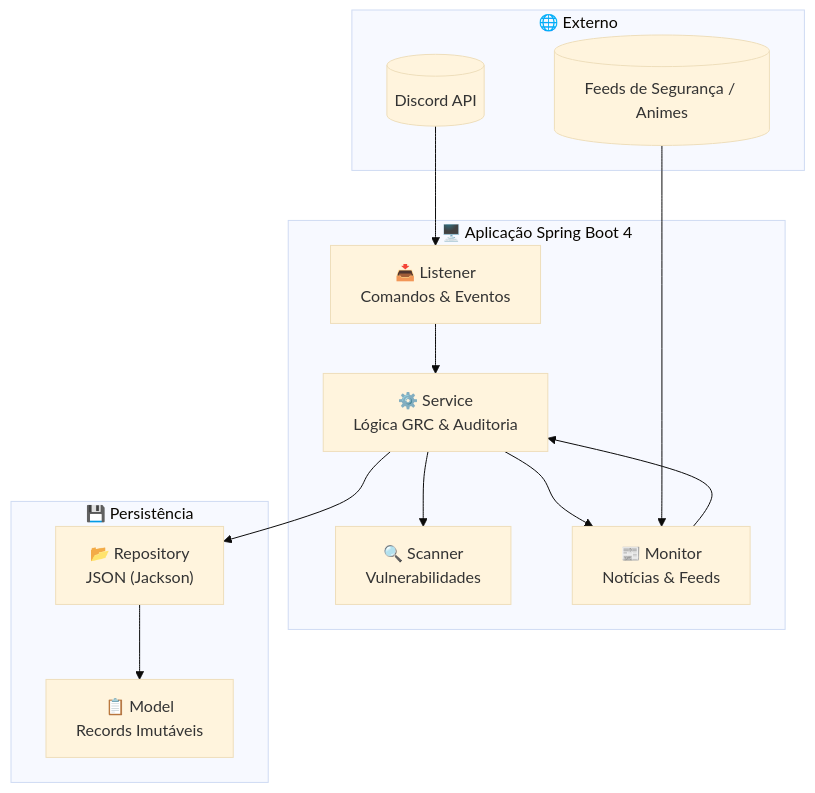
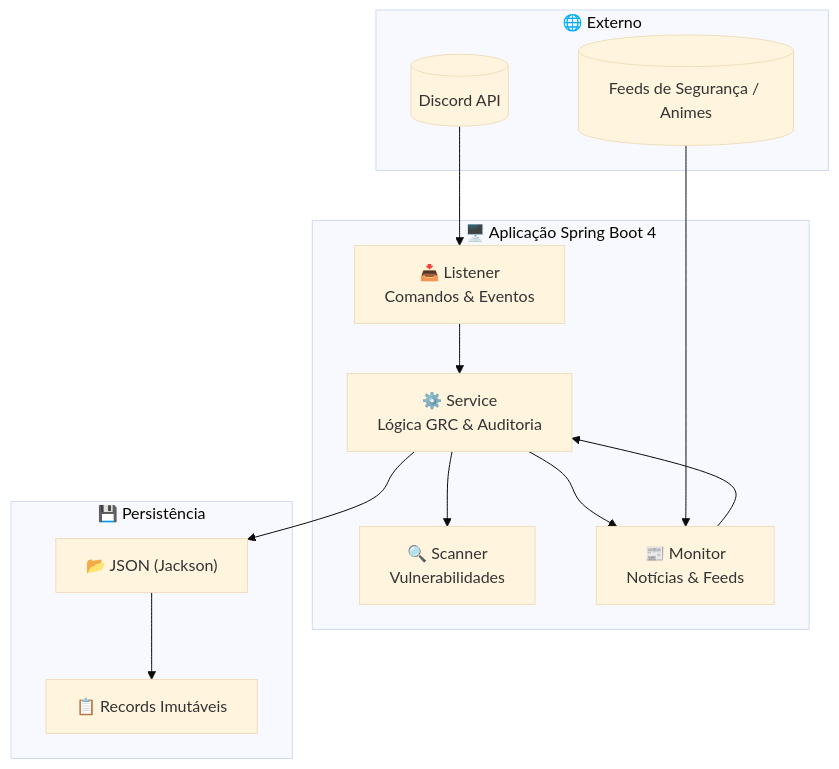
One commit to carmipa/projeto-cyberseguranca-bot-java changed the diagram in README.md. Above: the diagram before and after it, drawn with Mermaid (base theme). The commit also changed other lines of this file and 12 other files, not shown here.

````diff
--- a/README.md
+++ b/README.md
@@ -22,28 +49,28 @@
 ```mermaid
 flowchart TB
     subgraph externo["🌐 Externo"]
         Discord[("Discord API")]
         Feeds[("Feeds de Segurança / Animes")]
     end
 
     subgraph app["🖥️ Aplicação Spring Boot 4"]
         Listener["📥 Listener\nComandos & Eventos"]
         Service["⚙️ Service\nLógica GRC & Auditoria"]
         Scanner["🔍 Scanner\nVulnerabilidades"]
         Monitor["📰 Monitor\nNotícias & Feeds"]
     end
 
     subgraph persistencia["💾 Persistência"]
-        Repo["📂 Repository\nJSON (Jackson)"]
-        Model["📋 Model\nRecords Imutáveis"]
+        Repo["📂 JSON (Jackson)"]
+        Model["📋 Records Imutáveis"]
     end
 
     Discord --> Listener
     Listener --> Service
     Service --> Scanner
     Service --> Monitor
     Service --> Repo
     Repo --> Model
     Feeds --> Monitor
     Monitor --> Service
 ```
````
